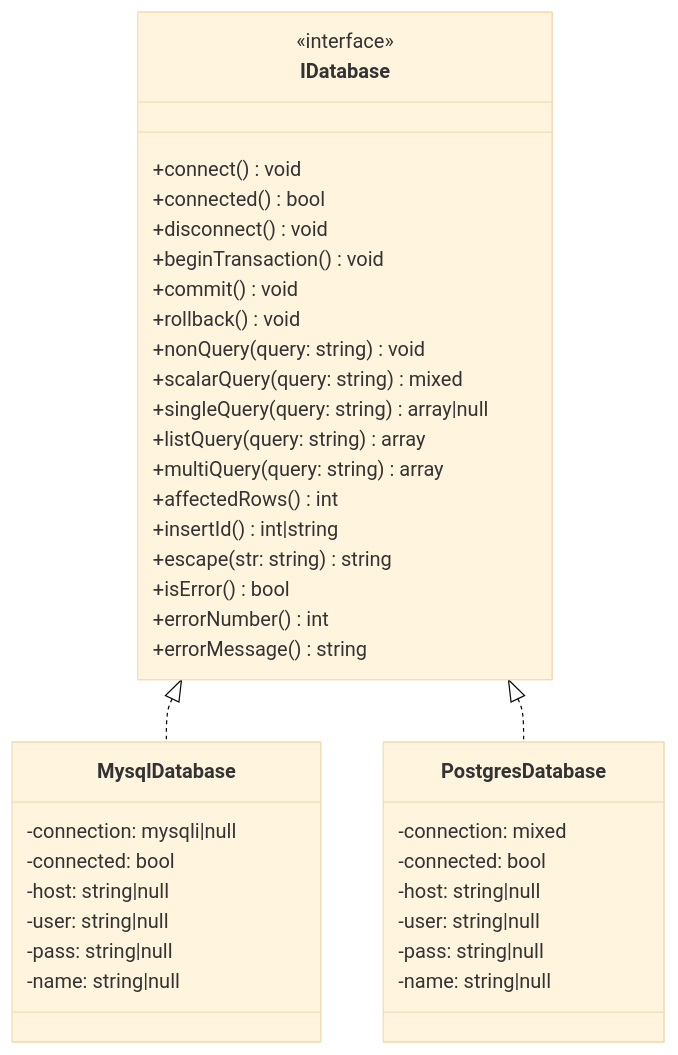
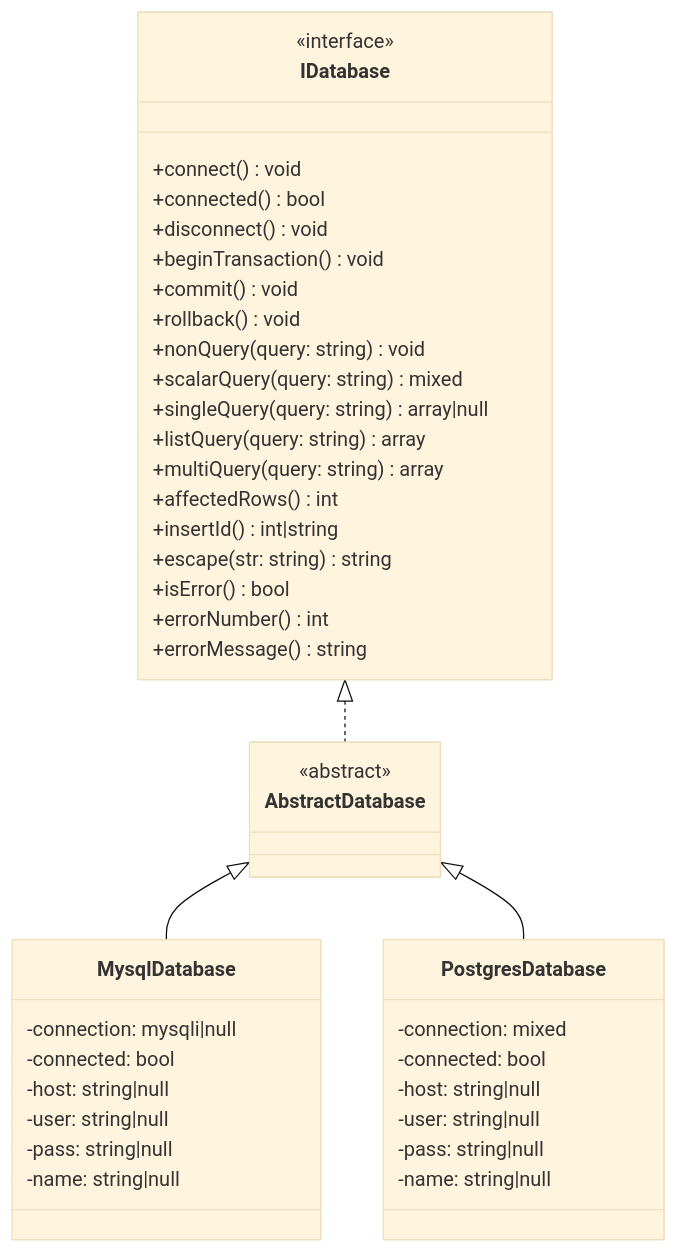
Before and after one commit to ddbase3/Base3Framework: the second of 7 diagrams in docs/databases.md, drawn with Mermaid (base theme). The commit also changed other lines of this file and 23 other files, not shown here.

````diff
--- a/docs/databases.md
+++ b/docs/databases.md
@@ -73,44 +73,49 @@
 ```mermaid
 classDiagram
     class IDatabase {
         <<interface>>
         +connect() void
         +connected() bool
         +disconnect() void
         +beginTransaction() void
         +commit() void
         +rollback() void
         +nonQuery(query: string) void
         +scalarQuery(query: string) mixed
         +singleQuery(query: string) array|null
         +listQuery(query: string) array
         +multiQuery(query: string) array
         +affectedRows() int
         +insertId() int|string
         +escape(str: string) string
         +isError() bool
         +errorNumber() int
         +errorMessage() string
     }
 
     class MysqlDatabase {
         -connection: mysqli|null
         -connected: bool
         -host: string|null
         -user: string|null
         -pass: string|null
         -name: string|null
     }
 
     class PostgresDatabase {
         -connection: mixed
         -connected: bool
         -host: string|null
         -user: string|null
         -pass: string|null
         -name: string|null
     }
 
-    IDatabase <|.. MysqlDatabase
-    IDatabase <|.. PostgresDatabase
+	class AbstractDatabase {
+		<<abstract>>
+	}
+
+	IDatabase <|.. AbstractDatabase
+	AbstractDatabase <|-- MysqlDatabase
+	AbstractDatabase <|-- PostgresDatabase
 ```
````
